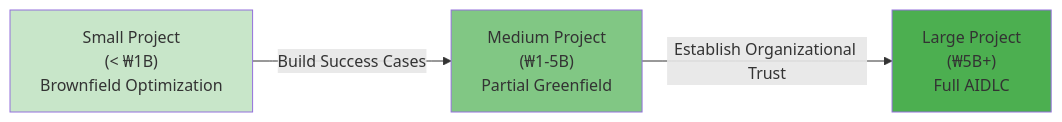
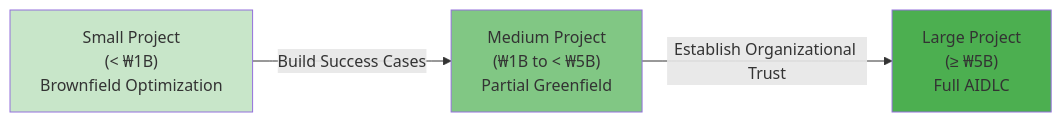
One commit to devfloor9/engineering-playbook changed the third of 4 diagrams in docs/aidlc/enterprise/adoption-strategy.md. Above: the diagram before and after it, drawn with Mermaid. The commit also changed other lines of this file and 9 other files, not shown here.

````diff
--- a/docs/aidlc/enterprise/adoption-strategy.md
+++ b/docs/aidlc/enterprise/adoption-strategy.md
@@ -176,13 +178,13 @@
 ```mermaid
 graph LR
     Small["Small Project<br/>(< ₩1B)<br/>Brownfield Optimization"]
-    Medium["Medium Project<br/>(₩1-5B)<br/>Partial Greenfield"]
-    Large["Large Project<br/>(₩5B+)<br/>Full AIDLC"]
+    Medium["Medium Project<br/>(₩1B to < ₩5B)<br/>Partial Greenfield"]
+    Large["Large Project<br/>(≥ ₩5B)<br/>Full AIDLC"]
 
     Small -->|Build Success Cases| Medium
     Medium -->|Establish Organizational Trust| Large
 
     style Small fill:#c8e6c9
     style Medium fill:#81c784
     style Large fill:#4caf50
 ```
````
